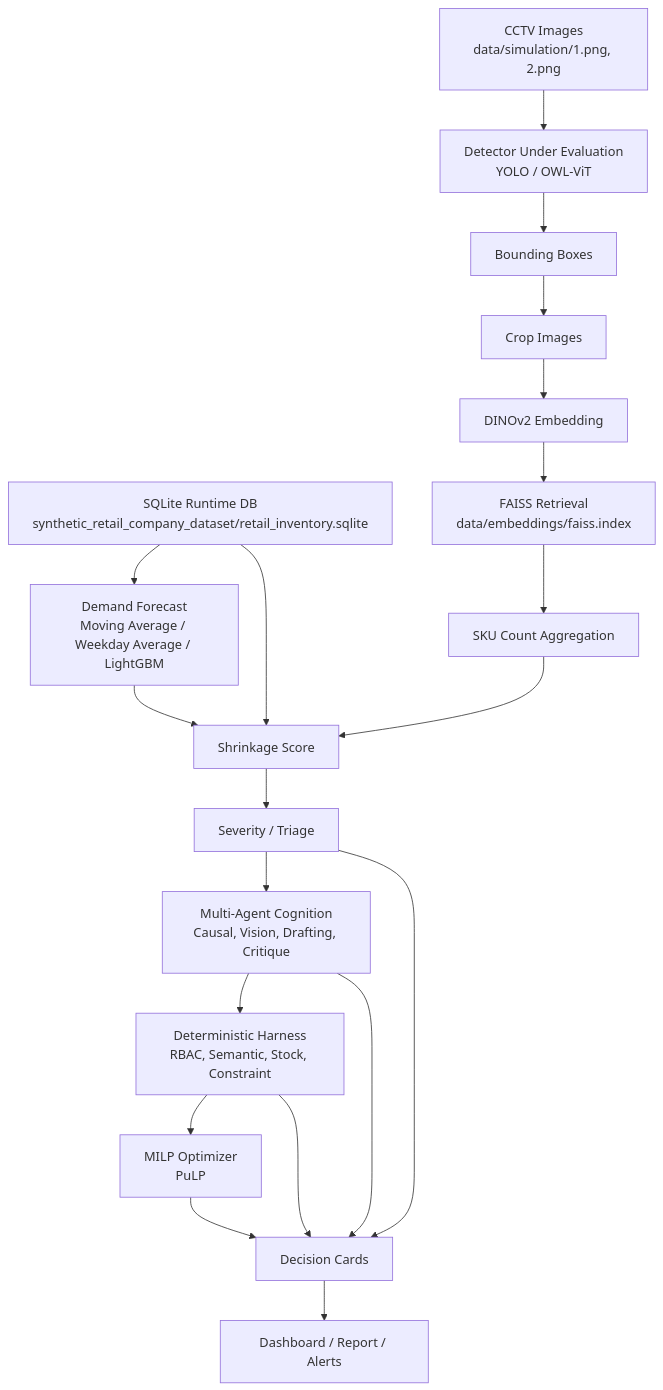
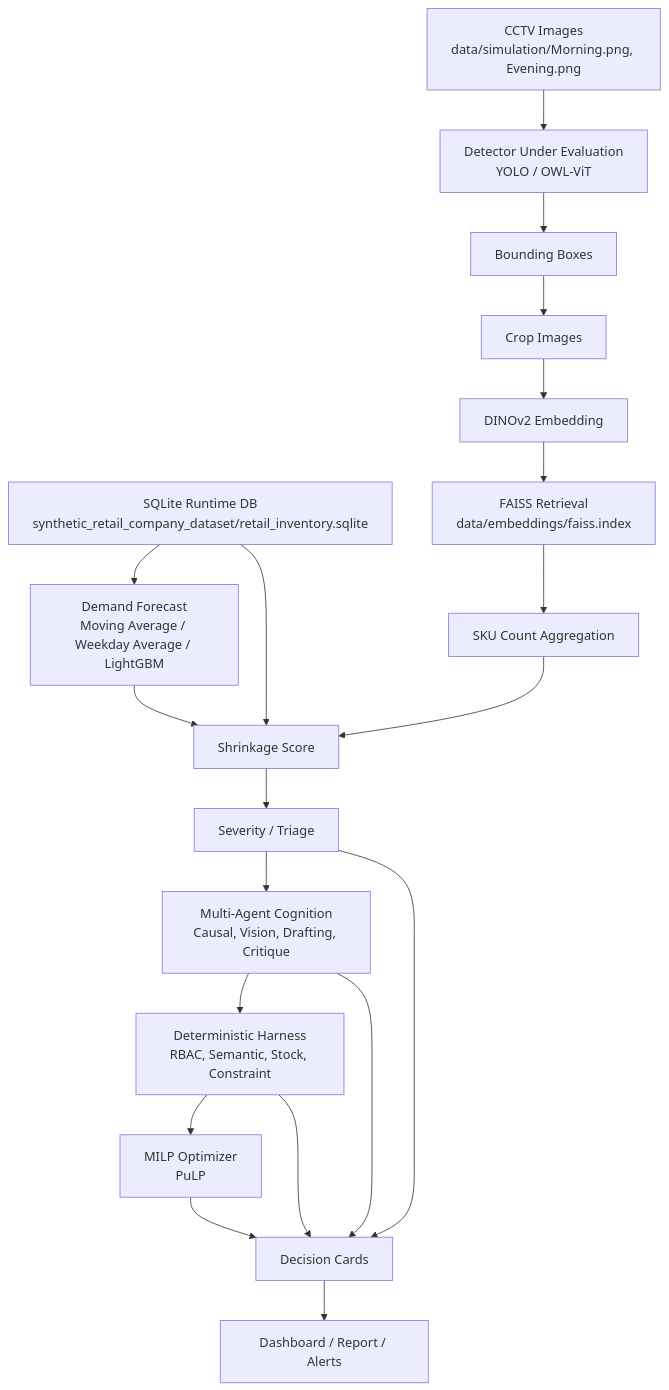
One commit to alstj6201/Vision_LLM_Inventory_Agent changed the diagram in docs/architecture_current.md. Above: the diagram before and after it, drawn with Mermaid. The commit also changed 6 other files, not shown here.

````diff
--- a/docs/architecture_current.md
+++ b/docs/architecture_current.md
@@ -134,39 +134,39 @@
 ```mermaid
 flowchart TD
     A["SQLite Runtime DB<br/>synthetic_retail_company_dataset/retail_inventory.sqlite"]
     B["Demand Forecast<br/>Moving Average / Weekday Average / LightGBM"]
-    C["CCTV Images<br/>data/simulation/1.png, 2.png"]
+    C["CCTV Images<br/>data/simulation/Morning.png, Evening.png"]
     D["Detector Under Evaluation<br/>YOLO / OWL-ViT"]
     E["Bounding Boxes"]
     F["Crop Images"]
     G["DINOv2 Embedding"]
     H["FAISS Retrieval<br/>data/embeddings/faiss.index"]
     I["SKU Count Aggregation"]
     J["Shrinkage Score"]
     K["Severity / Triage"]
     L["Multi-Agent Cognition<br/>Causal, Vision, Drafting, Critique"]
     M["Deterministic Harness<br/>RBAC, Semantic, Stock, Constraint"]
     N["MILP Optimizer<br/>PuLP"]
     O["Decision Cards"]
     P["Dashboard / Report / Alerts"]
 
     A --> B
     C --> D
     D --> E
     E --> F
     F --> G
     G --> H
     H --> I
     B --> J
     I --> J
     A --> J
     J --> K
     K --> L
     L --> M
     M --> N
     N --> O
     K --> O
     L --> O
     M --> O
     O --> P
 ```
````
